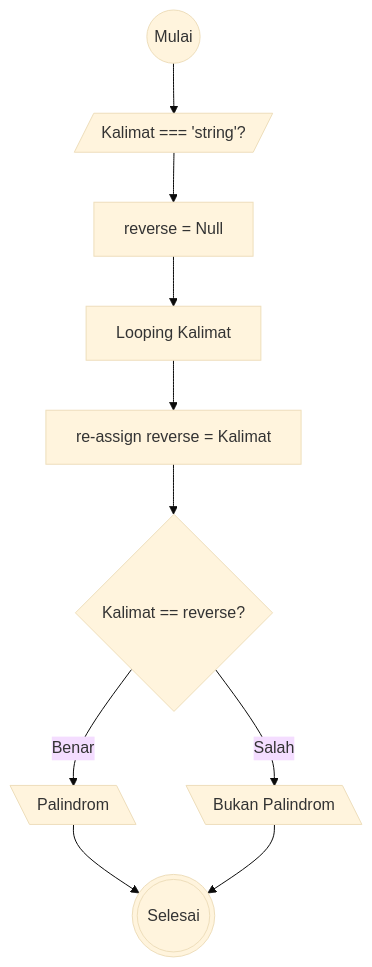
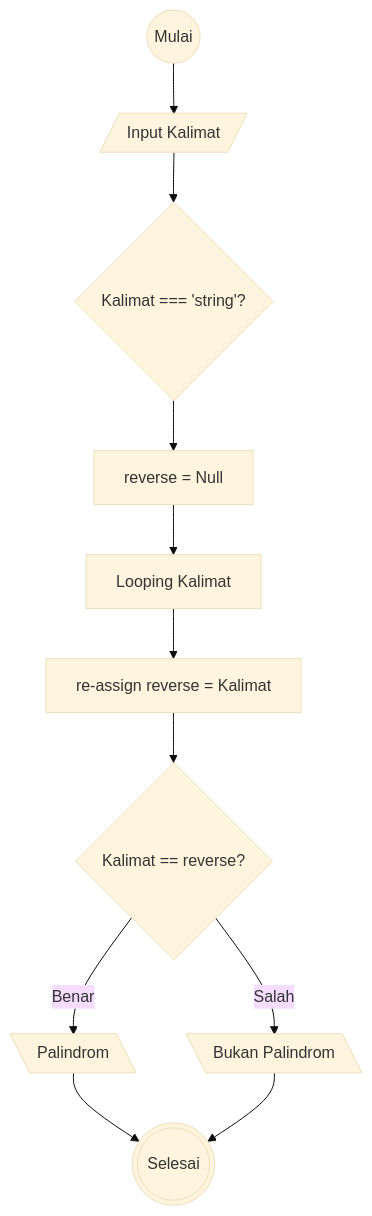
Before and after one commit to HN721/fgo24-weeklytask1: the first of 2 diagrams in README.md, drawn with Mermaid (base theme). The commit also changed other lines of this file, not shown here.

````diff
--- a/README.md
+++ b/README.md
@@ -15,22 +15,24 @@
 ```mermaid
 flowchart TD
 
 A@{shape: circle , label: "Mulai"}
-B@{shape: lean-r, label: "Kalimat === 'string'?"}
+X@{shape: lean-r , label: "Input Kalimat"}
+B@{shape: diamond, label: "Kalimat === 'string'?"}
 C@{shape: rectangle, label: "reverse = Null"}
 H@{shape: rectangle, label: "Looping Kalimat"}
 I@{shape: rectangle, label: "re-assign reverse = Kalimat "}
 D@{shape: diamond, label: "Kalimat == reverse?"}
 E@{shape: lean-l, label: "Palindrom"}
 F@{shape: lean-l, label: "Bukan Palindrom"}
 G@{shape: dbl-circ, label: "Selesai"}
-A --> B
+A --> X
+X --> B
 B --> C
 C --> H
 H --> I
 I --> D
 D --Benar--> E
 D --Salah--> F
 E --> G
 F --> G
 ```
````
